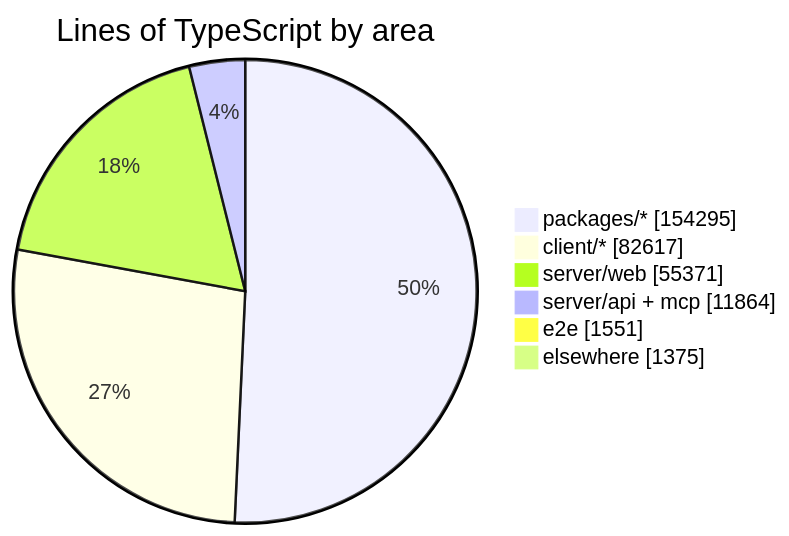
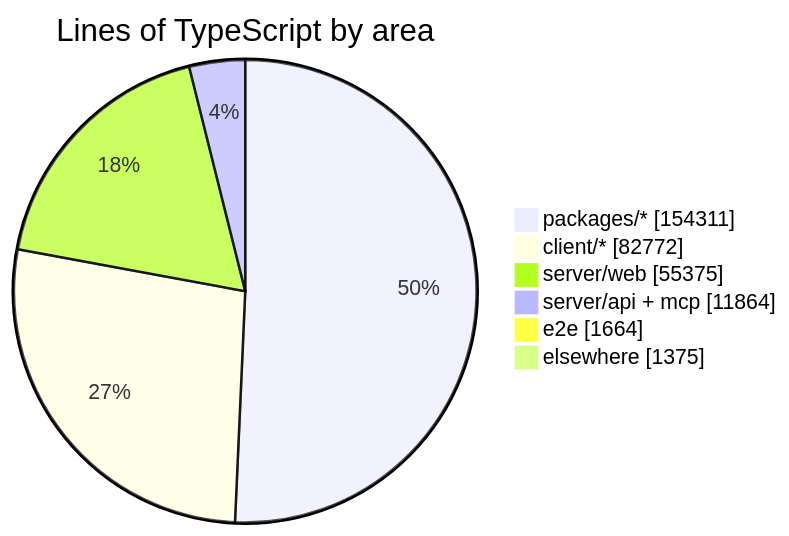
One commit to crossworks-engineering/mantle changed the diagram in README.md. Above: the diagram before and after it, drawn with Mermaid. The commit also changed other lines of this file and 4 other files, not shown here.

````diff
--- a/README.md
+++ b/README.md
@@ -279,9 +279,9 @@
 ```mermaid
 pie showData title Lines of TypeScript by area
-    "packages/*" : 154295
-    "client/*" : 82617
-    "server/web" : 55371
+    "packages/*" : 154311
+    "client/*" : 82772
+    "server/web" : 55375
     "server/api + mcp" : 11864
-    "e2e" : 1551
+    "e2e" : 1664
     "elsewhere" : 1375
 ```
````
